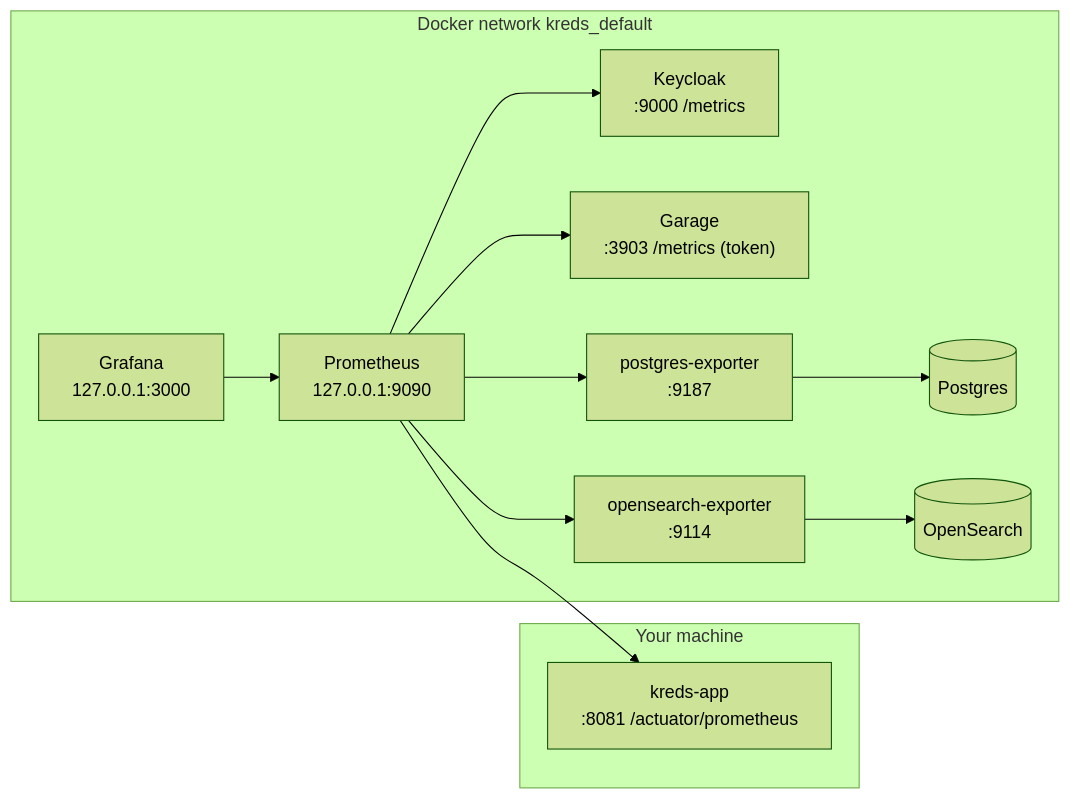
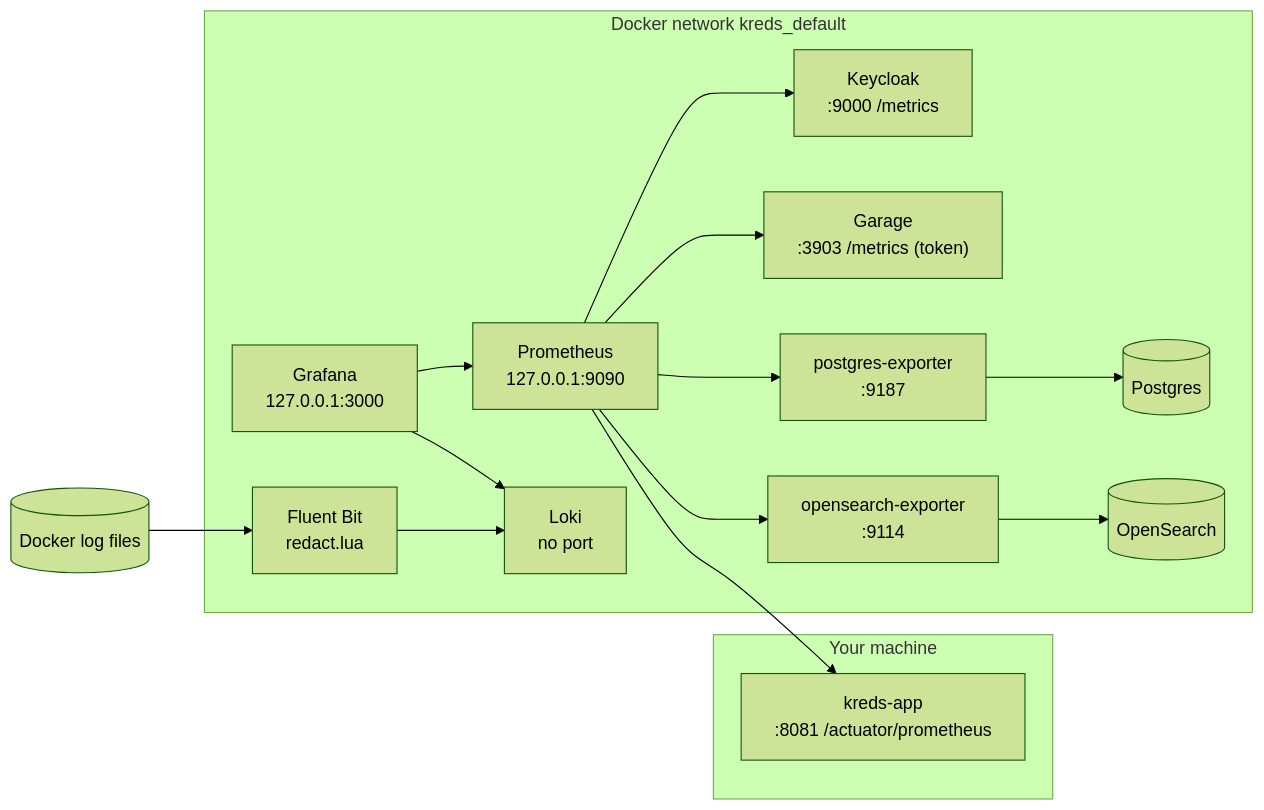
Before and after one commit to projectlinden/linden: the diagram in docs/operations/monitoring.md, drawn with Mermaid (forest theme). The commit also changed other lines of this file and 3 other files, not shown here.

````diff
--- a/docs/operations/monitoring.md
+++ b/docs/operations/monitoring.md
@@ -9,20 +9,24 @@
 ```mermaid
 flowchart LR
     subgraph host["Your machine"]
         app["kreds-app<br/>:8081 /actuator/prometheus"]
     end
     subgraph docker["Docker network kreds_default"]
         kc["Keycloak<br/>:9000 /metrics"]
         garage["Garage<br/>:3903 /metrics (token)"]
         pgx["postgres-exporter<br/>:9187"] --> pg[("Postgres")]
         osx["opensearch-exporter<br/>:9114"] --> os[("OpenSearch")]
         prom["Prometheus<br/>127.0.0.1:9090"]
         grafana["Grafana<br/>127.0.0.1:3000"]
+        fb["Fluent Bit<br/>redact.lua"]
+        loki["Loki<br/>no port"]
     end
+    logs[("Docker log files")] --> fb --> loki
     grafana --> prom
+    grafana --> loki
     prom --> app
     prom --> kc
     prom --> garage
     prom --> pgx
     prom --> osx
 ```
````
